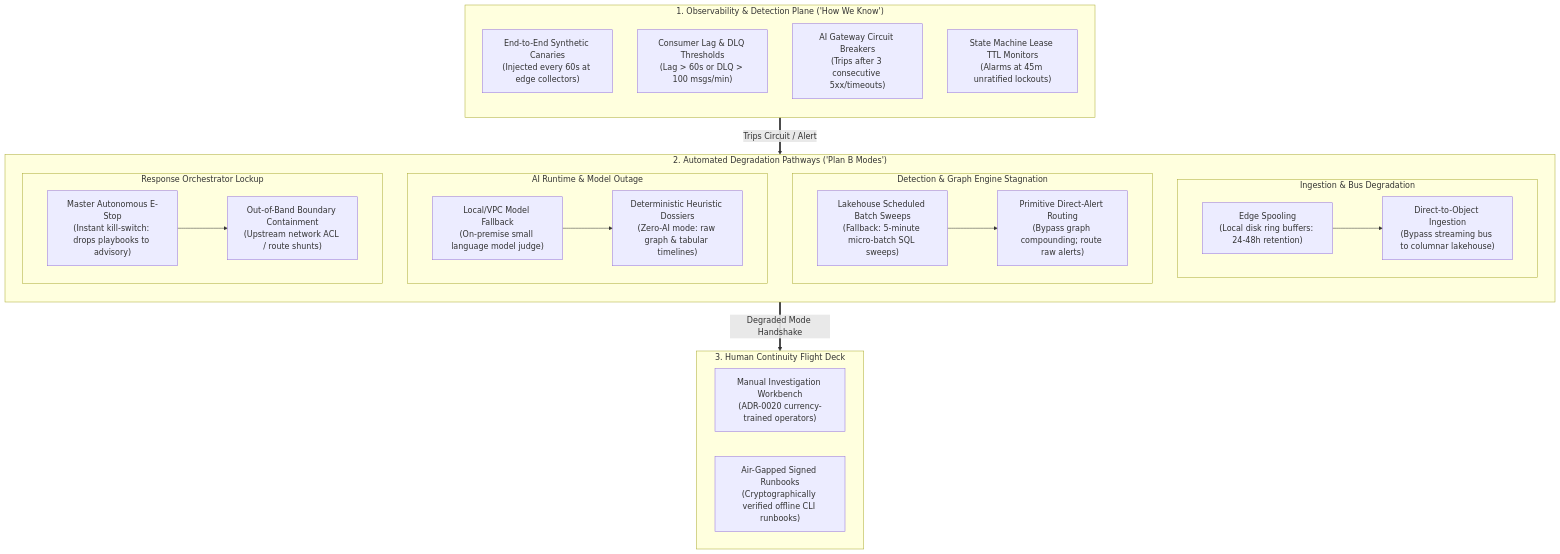
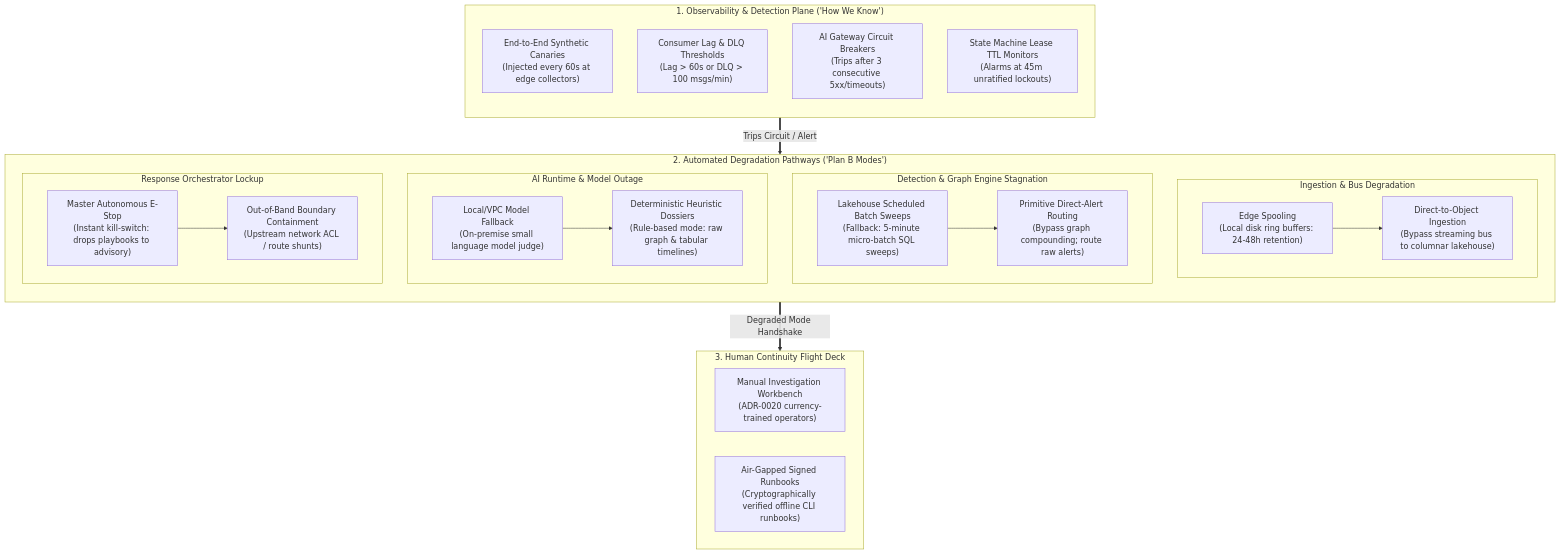
Before and after one commit to Haribu/TIDIR: the diagram in docs/adr/0021-graceful-degradation-automated-fallback-and-continuity-plan-b.md, drawn with Mermaid. The commit also changed other lines of this file and 17 other files, not shown here.

````diff
--- a/docs/adr/0021-graceful-degradation-automated-fallback-and-continuity-plan-b.md
+++ b/docs/adr/0021-graceful-degradation-automated-fallback-and-continuity-plan-b.md
@@ -49,45 +49,45 @@
 ```mermaid
 flowchart TB
   subgraph Watchdog ["1. Observability & Detection Plane ('How We Know')"]
     direction TB
     CANARY["End-to-End Synthetic Canaries\n(Injected every 60s at edge collectors)"]
     LAG_MON["Consumer Lag & DLQ Thresholds\n(Lag > 60s or DLQ > 100 msgs/min)"]
     AI_CIRCUIT["AI Gateway Circuit Breakers\n(Trips after 3 consecutive 5xx/timeouts)"]
     LEASE_MON["State Machine Lease TTL Monitors\n(Alarms at 45m unratified lockouts)"]
   end
 
   subgraph FailureTiers ["2. Automated Degradation Pathways ('Plan B Modes')"]
     direction TB
     subgraph L1_L2_Fail ["Ingestion & Bus Degradation"]
       EDGE_SPOOL["Edge Spooling\n(Local disk ring buffers: 24-48h retention)"]
       DIRECT_OBJ["Direct-to-Object Ingestion\n(Bypass streaming bus to columnar lakehouse)"]
       EDGE_SPOOL --> DIRECT_OBJ
     end
 
     subgraph L3_Fail ["Detection & Graph Engine Stagnation"]
       LAKE_BATCH["Lakehouse Scheduled Batch Sweeps\n(Fallback: 5-minute micro-batch SQL sweeps)"]
       RAW_ALERT["Primitive Direct-Alert Routing\n(Bypass graph compounding; route raw alerts)"]
       LAKE_BATCH --> RAW_ALERT
     end
 
     subgraph L4_AI_Fail ["AI Runtime & Model Outage"]
       LOCAL_SLM["Local/VPC Model Fallback\n(On-premise small language model judge)"]
-      DETERM_TRIAGE["Deterministic Heuristic Dossiers\n(Zero-AI mode: raw graph & tabular timelines)"]
+      DETERM_TRIAGE["Deterministic Heuristic Dossiers\n(Rule-based mode: raw graph & tabular timelines)"]
       LOCAL_SLM --> DETERM_TRIAGE
     end
 
     subgraph L4_Resp_Fail ["Response Orchestrator Lockup"]
       ESTOP["Master Autonomous E-Stop\n(Instant kill-switch: drops playbooks to advisory)"]
       OOB_PERIM["Out-of-Band Boundary Containment\n(Upstream network ACL / route shunts)"]
       ESTOP --> OOB_PERIM
     end
   end
 
   subgraph FlightDeck ["3. Human Continuity Flight Deck"]
     MANUAL_DECK["Manual Investigation Workbench\n(ADR-0020 currency-trained operators)"]
     AIRGAP_RUN["Air-Gapped Signed Runbooks\n(Cryptographically verified offline CLI runbooks)"]
   end
 
   Watchdog ==>|Trips Circuit / Alert| FailureTiers
   FailureTiers ==>|Degraded Mode Handshake| FlightDeck
 ```
````
